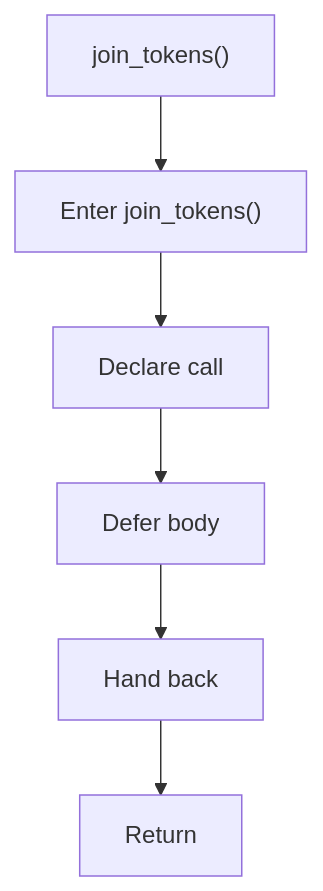
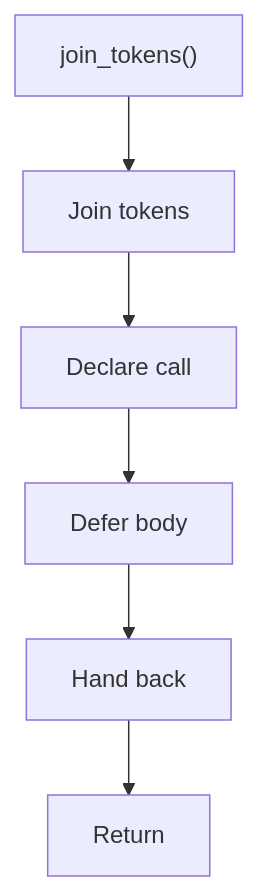
One commit to JohnAndrewBalbarosa/NeoTerritory changed the diagram in docs/Codebase/Microservice/Modules/Header/SyntacticBrokenAST/Trees/Actual/Internal/Flow/functions/join_tokens.hpp.md. Above: the diagram before and after it, drawn with Mermaid. The commit also changed other lines of this file and 915 other files, not shown here.

````diff
--- a/docs/Codebase/Microservice/Modules/Header/SyntacticBrokenAST/Trees/Actual/Internal/Flow/functions/join_tokens.hpp.md
+++ b/docs/Codebase/Microservice/Modules/Header/SyntacticBrokenAST/Trees/Actual/Internal/Flow/functions/join_tokens.hpp.md
@@ -16,14 +16,14 @@
 ```mermaid
 flowchart TD
     Start["join_tokens()"]
-    N0["Enter join_tokens()"]
+    N0["Join tokens"]
     N1["Declare call"]
     N2["Defer body"]
     N3["Hand back"]
     End["Return"]
     Start --> N0
     N0 --> N1
     N1 --> N2
     N2 --> N3
     N3 --> End
 ```
````
